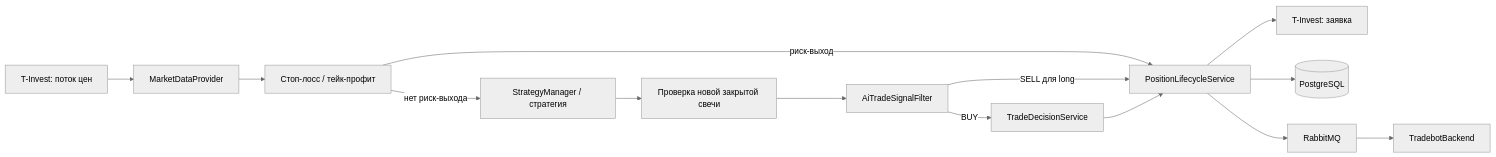
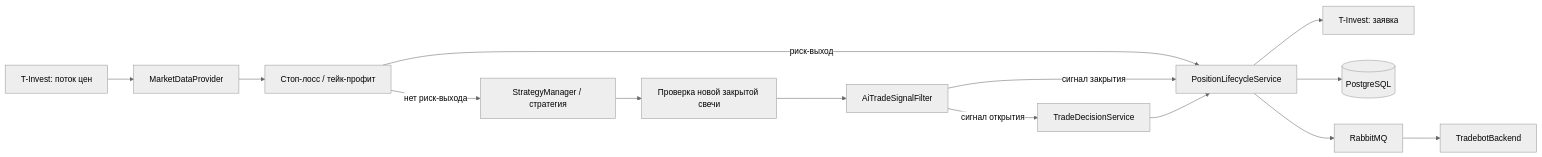
Before and after one commit to Viktrosen/TradeBot: the diagram in README.md, drawn with Mermaid (neutral theme). The commit also changed other lines of this file and 30 other files, not shown here.

````diff
--- a/README.md
+++ b/README.md
@@ -7,16 +7,16 @@
 ```mermaid
 flowchart LR
     T["T-Invest: поток цен"] --> M["MarketDataProvider"]
     M --> R["Стоп-лосс / тейк-профит"]
     R -->|"риск-выход"| L["PositionLifecycleService"]
     R -->|"нет риск-выхода"| S["StrategyManager / стратегия"]
     S --> C["Проверка новой закрытой свечи"]
     C --> A["AiTradeSignalFilter"]
-    A -->|"BUY"| D["TradeDecisionService"]
-    A -->|"SELL для long"| L["PositionLifecycleService"]
+    A -->|"сигнал открытия"| D["TradeDecisionService"]
+    A -->|"сигнал закрытия"| L["PositionLifecycleService"]
     D --> L
     L --> B["T-Invest: заявка"]
     L --> DB[("PostgreSQL")]
     L --> MQ["RabbitMQ"]
     MQ --> G["TradebotBackend"]
 ```
````
